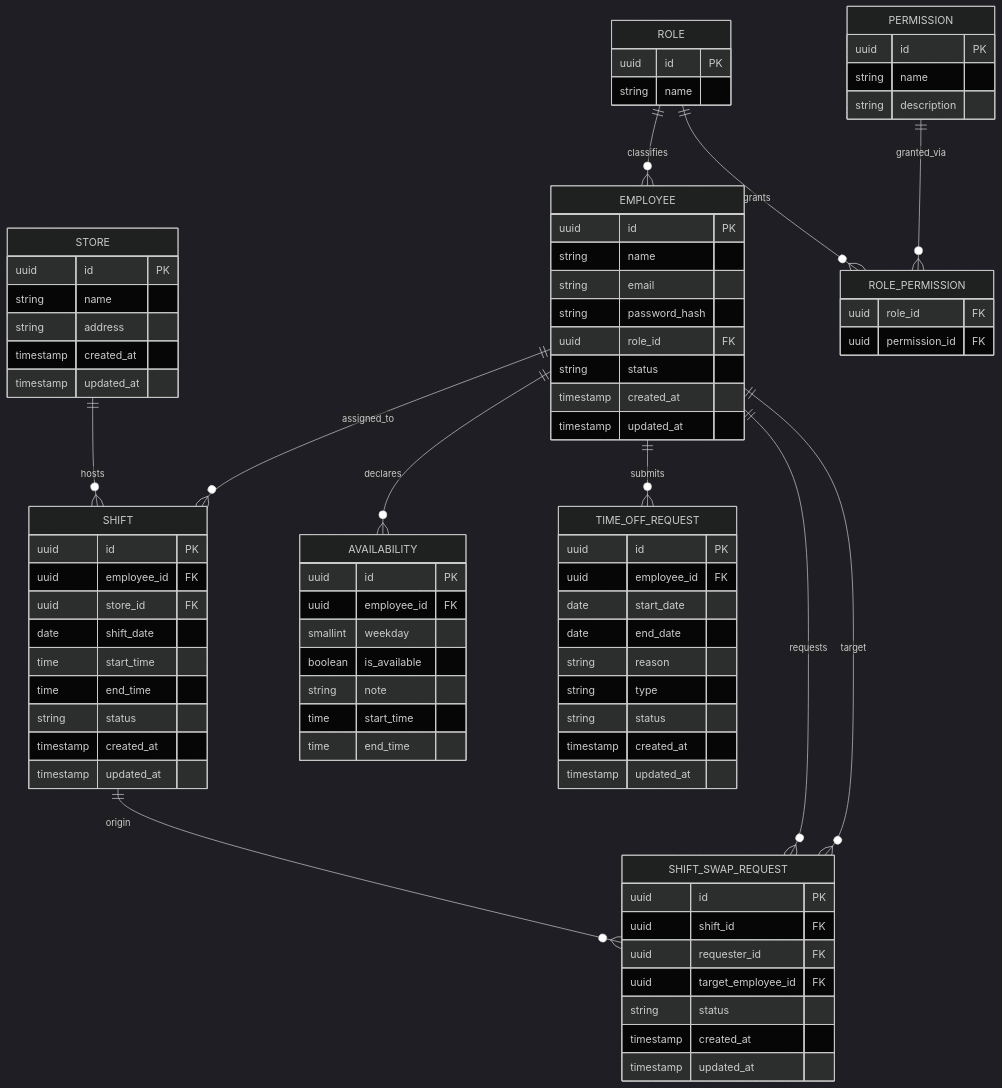
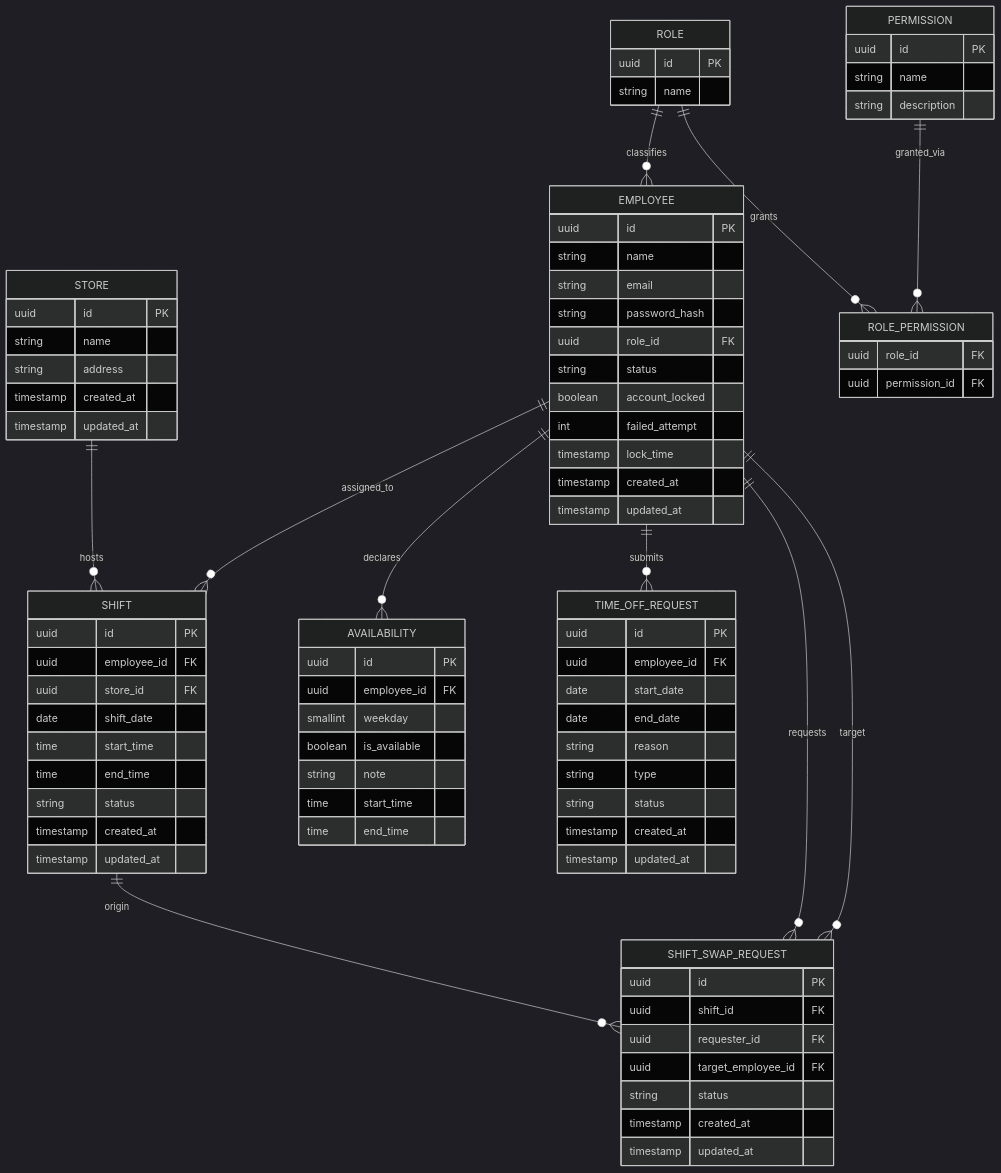
The third of 5 diagrams in README.md (fabianoic/roster), drawn with Mermaid (dark theme) before and after one commit. The commit also changed other lines of this file, not shown here.

```diff
--- a/README.md
+++ b/README.md
@@ -109,6 +133,9 @@
         string password_hash
         uuid role_id FK
         string status
+        boolean account_locked
+        int failed_attempt
+        timestamp lock_time
         timestamp created_at
         timestamp updated_at
     }
```
